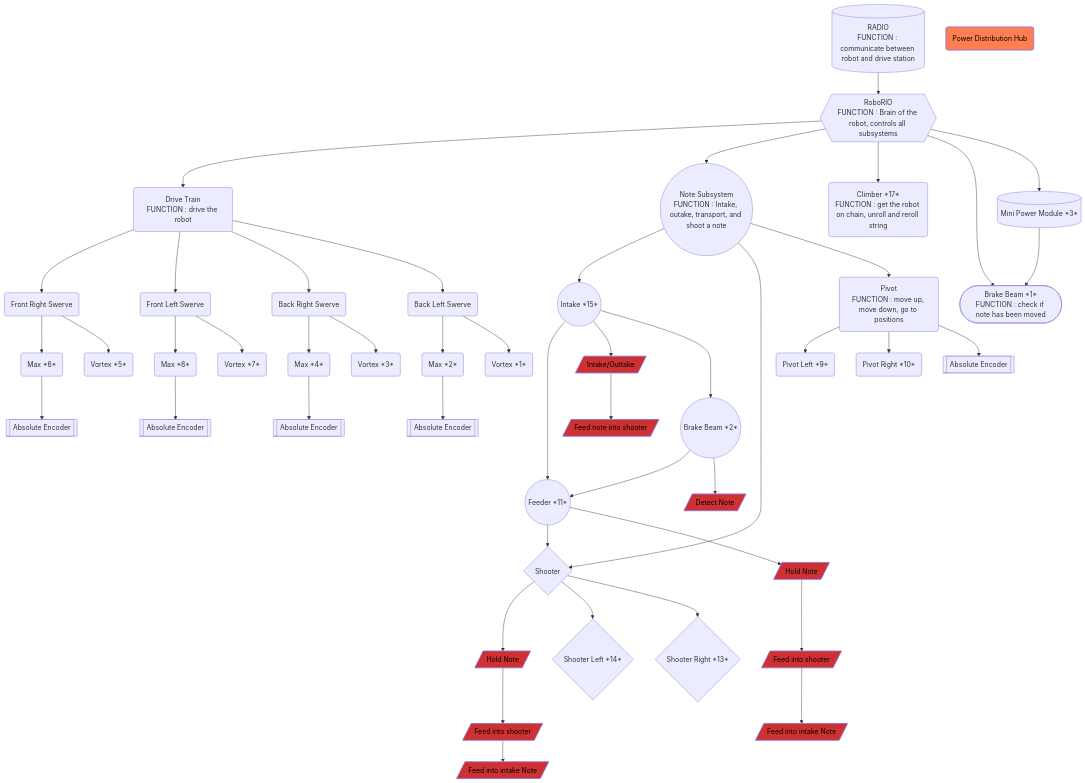
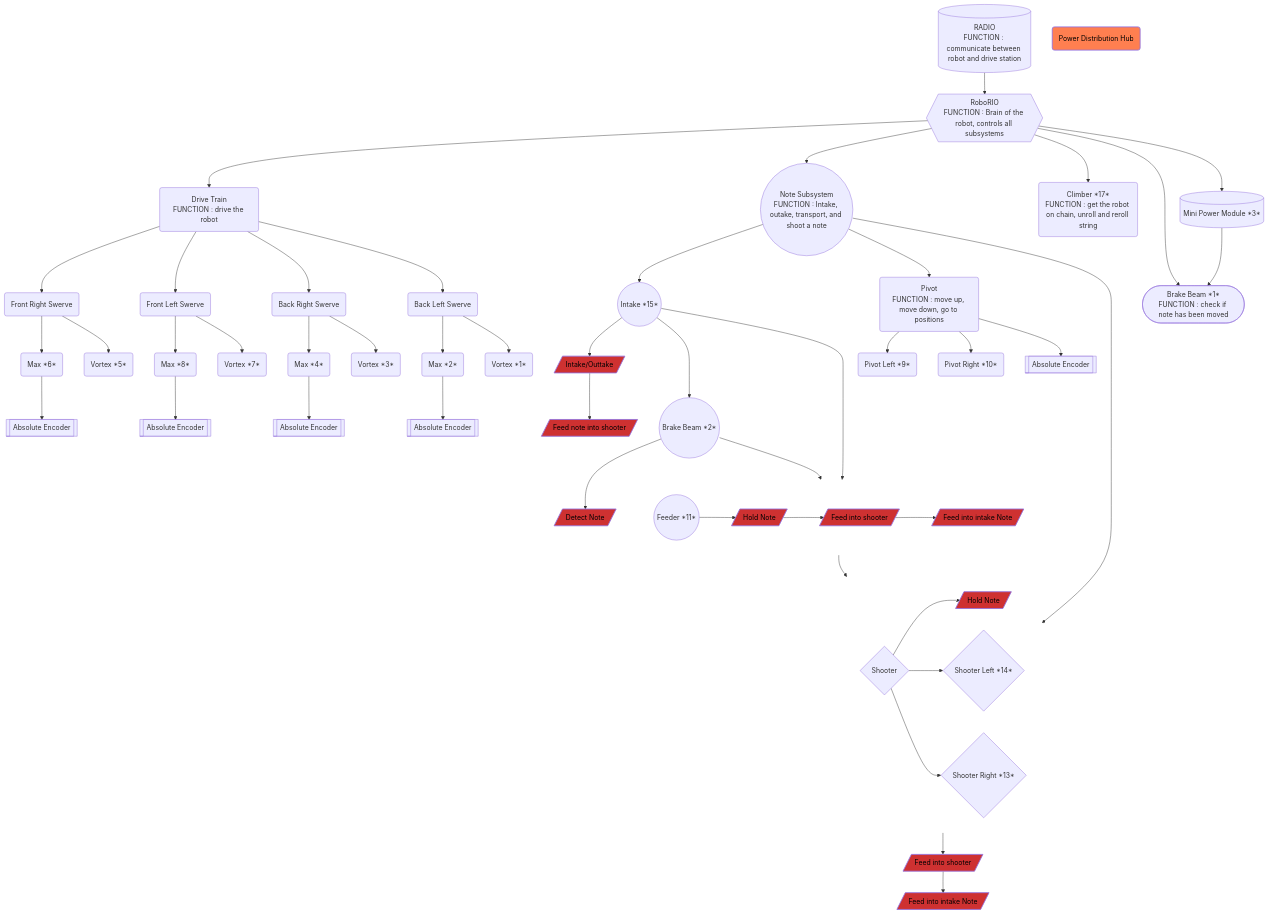
The diagram in tony_graphs.md (richardson-area-wide-robotics/Frc24-Crescendo-1745-OffSeason-AdvantageKit), drawn with Mermaid before and after one commit.

````diff
--- a/tony_graphs.md
+++ b/tony_graphs.md
@@ -1,66 +1,81 @@
 ```mermaid
+
 graph TD;
+    subgraph invisibleShooterGroup
+        direction LR
+        ShooterSystem{Shooter};
+        ShooterSystem-->FUNCSHOOTER;
+        ShooterSystem-->ShooterLeft{Shooter Left *14*};
+        ShooterSystem-->ShooterRight{Shooter Right *13*};
+    end
+
+subgraph invisibleFeederGroup
+        direction LR
+        FeederSystem -->FUNCFEEDER;
+        FUNCFEEDER[/Hold Note/] -->FUNCFEEDER2;
+        FUNCFEEDER2[/Feed into shooter/] --> FUNCFEEDER3;
+        FUNCFEEDER3[/Feed into intake Note/];
+    end
+
     RoboRIO{{RoboRIO
 FUNCTION : Brain of the robot, controls all subsystems}}-->DriveTrain;
     DriveTrain(Drive Train
 FUNCTION : drive the robot );
     RoboRIO-->NoteSubsystem((Note Subsystem
 FUNCTION : Intake, outake, transport, and shoot a note));
     NoteSubsystem-->IntakeSystem((Intake *15*));
-    NoteSubsystem-->ShooterSystem{Shooter};
-    ShooterSystem-->FUNCSHOOTER;
-    ShooterSystem-->ShooterLeft{Shooter Left *14*};
-    ShooterSystem-->ShooterRight{Shooter Right *13*};
+    NoteSubsystem-->ShooterSystem;
     RoboRIO-->ClimberSystem(Climber *17*
 FUNCTION : get the robot on chain, unroll and reroll string);
     IntakeSystem-->FeederSystem((Feeder *11*))-->ShooterSystem;
-FeederSystem -->FUNCFEEDER;
-IntakeSystem-->FUNCINTAKE1;
+    IntakeSystem-->FUNCINTAKE1;
     NoteSubsystem-->PivotSystem(Pivot
 FUNCTION : move up, move down, go to positions);
     PivotSystem-->PivotLeft(Pivot Left *9*);
     PivotSystem-->PivotRight(Pivot Right *10*);
     DriveTrain-->FrontRightSwerve(Front Right Swerve);
     DriveTrain-->FrontLeftSwerve(Front Left Swerve);
     DriveTrain-->BackRightSwerve(Back Right Swerve);
     DriveTrain-->BackLeftSwerve(Back Left Swerve);
     FrontRightSwerve-->MaxFR(Max *6*);
     FrontLeftSwerve-->MaxFL(Max *8*);
     BackRightSwerve-->MaxBR(Max *4*);
     BackLeftSwerve-->MaxBL(Max *2*);
     FrontRightSwerve-->VortexFR(Vortex *5*);
     FrontLeftSwerve-->VortexFL(Vortex *7*);
     BackRightSwerve-->VortexBR(Vortex *3*);
     BackLeftSwerve-->VortexBL(Vortex *1*);
     MaxFR-->EncoderFR[[Absolute Encoder]];
     MaxFL-->EncoderFL[[Absolute Encoder]];
     MaxBR-->EncoderBR[[Absolute Encoder]];
     MaxBL-->EncoderBL[[Absolute Encoder]];
     PivotSystem-->PivotEncoder[[Absolute Encoder]];
     IntakeSystem--->BrakeBeamNote((Brake Beam *2*))-->FeederSystem;
     BrakeBeamNote-->FUNCBREAKBEAM;
     RoboRIO-->ShooterBrakeBeam([Brake Beam *1*
 FUNCTION : check if note has been moved]);
     RoboRIO-->MiniPowerModule[(Mini Power Module *3*)]-->ShooterBrakeBeam;
     RADIO[(RADIO
 FUNCTION : communicate between robot and drive station)]-->RoboRIO;
-FUNCINTAKE1[/Intake/Outtake/]-->FUNCINTAKE2;
+    FUNCINTAKE1[/Intake/Outtake/]-->FUNCINTAKE2;
     FUNCINTAKE2[/Feed note into shooter/];
-FUNCBREAKBEAM[/Detect Note/];
-FUNCFEEDER[/Hold Note/] -->FUNCFEEDER2;
-    FUNCFEEDER2[/Feed into shooter/] --> FUNCFEEDER3;
-    FUNCFEEDER3[/Feed into intake Note/];
-FUNCSHOOTER[/Hold Note/] -->FUNCSHOOTER2;
+    FUNCBREAKBEAM[/Detect Note/];
+    FUNCSHOOTER[/Hold Note/] -->FUNCSHOOTER2;
     FUNCSHOOTER2[/Feed into shooter/] --> FUNCSHOOTER3;
     FUNCSHOOTER3[/Feed into intake Note/];
 
-PDH(Power Distribution Hub)
+    PDH(Power Distribution Hub);
 
-classDef fuctionStyle fill:#ce3131,stroke-width:2px,color:#000;
+    classDef fuctionStyle fill:#ce3131,stroke-width:2px,color:#000;
     class FUNCINTAKE1,FUNCINTAKE2,FUNCINTAKE3,FUNCBREAKBEAM,FUNCFEEDER,FUNCFEEDER2,FUNCFEEDER3,FUNCSHOOTER,FUNCSHOOTER2,FUNCSHOOTER3 fuctionStyle;
 
-classDef powerStyle fill:#ff7f50,stroke-width:2px,color:#000;
+    classDef invisible fill:none,stroke:none,color:transparent;
+    class invisibleShooterGroup,invisibleFeederGroup invisible;
+
+    classDef powerStyle fill:#ff7f50,stroke-width:2px,color:#000;
     class PDH powerStyle;
+
+    linkStyle default interpolate basis;
 
 
 ```
````
